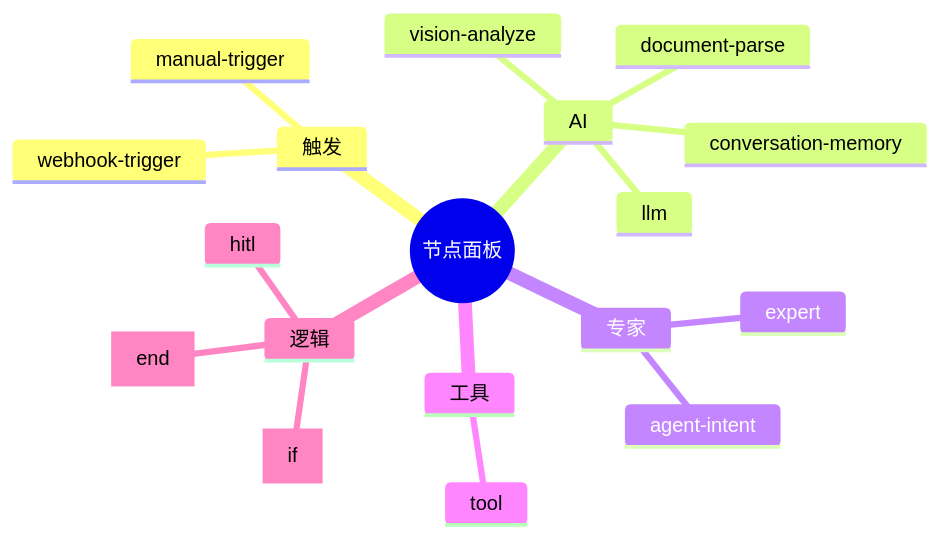
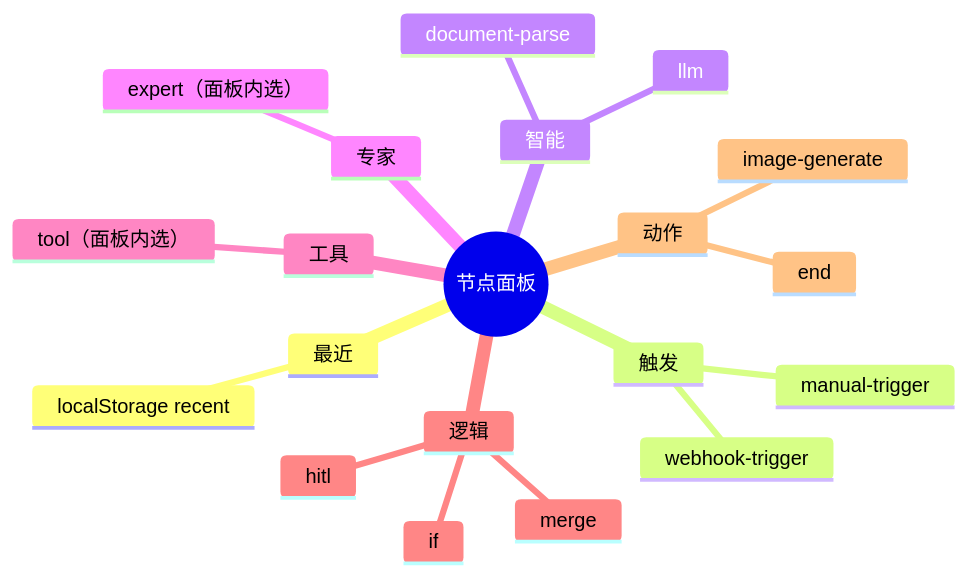
Before and after one commit to nan1010082085/ai-platform-docs: the second of 10 diagrams in ai/design/workflows.md, drawn with Mermaid. The commit also changed other lines of this file and 99 other files, not shown here.

````diff
--- a/ai/design/workflows.md
+++ b/ai/design/workflows.md
@@ -76,21 +76,23 @@
 ```mermaid
 mindmap
   root((节点面板))
+    最近
+      localStorage recent
     触发
       manual-trigger
       webhook-trigger
-    AI
+    智能
       llm
       document-parse
-      vision-analyze
-      conversation-memory
     专家
-      agent-intent
-      expert
+      expert（面板内选）
     工具
-      tool
+      tool（面板内选）
     逻辑
-      [if]
+      if
+      merge
       hitl
-      [end]
+    动作
+      end
+      image-generate
 ```
````
